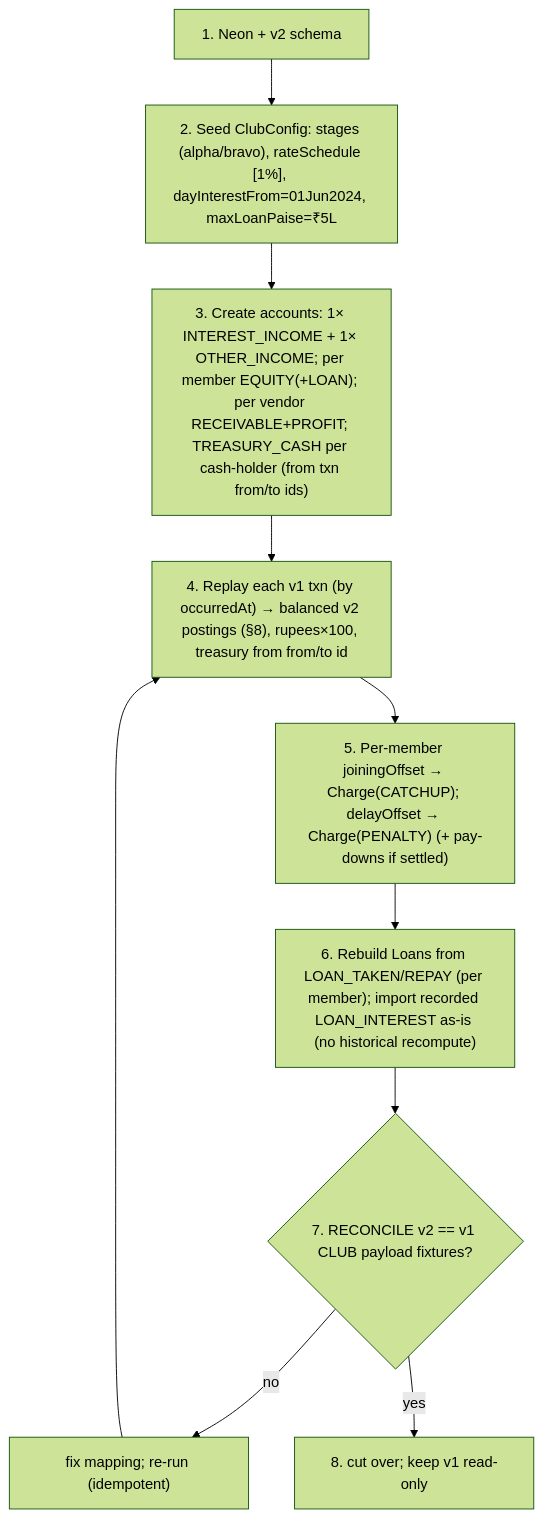
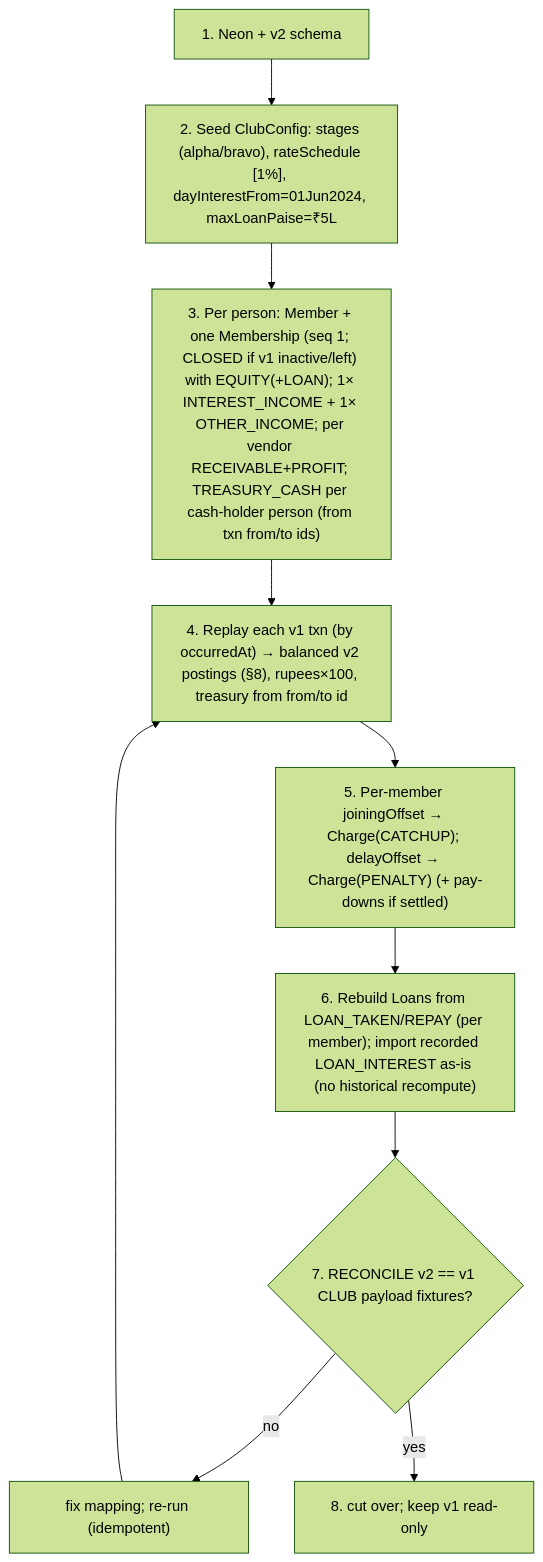
The seventh of 7 diagrams in docs/IMPLEMENTATION_PLAN.md (iam-hussain/peacock), drawn with Mermaid (forest theme) before and after one commit. The commit also changed other lines of this file and 5 other files, not shown here.

````diff
--- a/docs/IMPLEMENTATION_PLAN.md
+++ b/docs/IMPLEMENTATION_PLAN.md
@@ -1371,11 +1404,11 @@
 ```mermaid
 flowchart TD
   S1["1. Neon + v2 schema"] --> S2["2. Seed ClubConfig: stages (alpha/bravo), rateSchedule [1%], dayInterestFrom=01Jun2024, maxLoanPaise=₹5L"]
-  S2 --> S3["3. Create accounts: 1× INTEREST_INCOME + 1× OTHER_INCOME; per member EQUITY(+LOAN); per vendor RECEIVABLE+PROFIT; TREASURY_CASH per cash-holder (from txn from/to ids)"]
+  S2 --> S3["3. Per person: Member + one Membership (seq 1; CLOSED if v1 inactive/left) with EQUITY(+LOAN); 1× INTEREST_INCOME + 1× OTHER_INCOME; per vendor RECEIVABLE+PROFIT; TREASURY_CASH per cash-holder person (from txn from/to ids)"]
   S3 --> S4["4. Replay each v1 txn (by occurredAt) → balanced v2 postings (§8), rupees×100, treasury from from/to id"]
   S4 --> S5["5. Per-member joiningOffset → Charge(CATCHUP); delayOffset → Charge(PENALTY) (+ pay-downs if settled)"]
   S5 --> S6["6. Rebuild Loans from LOAN_TAKEN/REPAY (per member); import recorded LOAN_INTEREST as-is (no historical recompute)"]
   S6 --> S7{"7. RECONCILE v2 == v1 CLUB payload fixtures?"}
   S7 -->|no| S8["fix mapping; re-run (idempotent)"] --> S4
   S7 -->|yes| S9["8. cut over; keep v1 read-only"]
 ```
````
